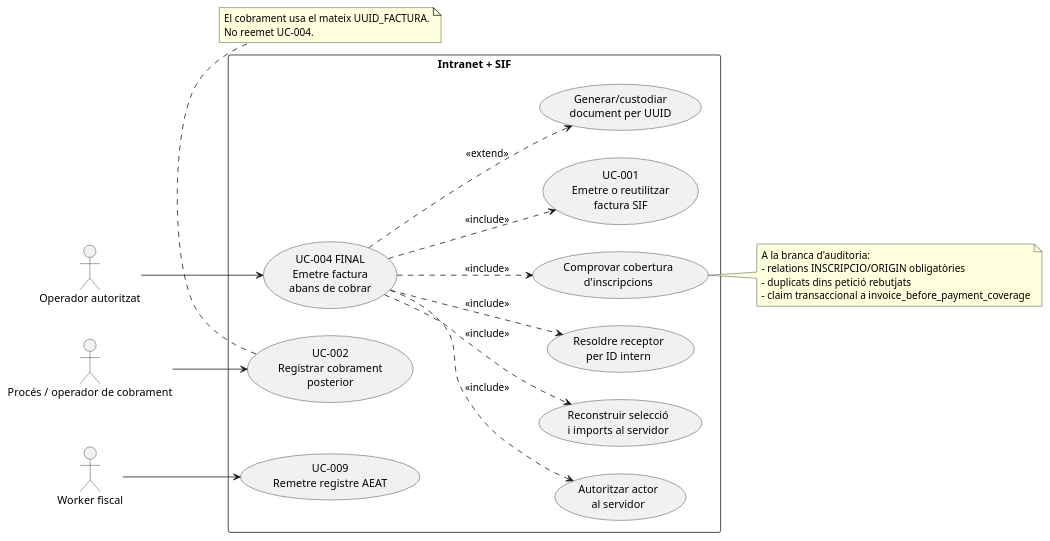
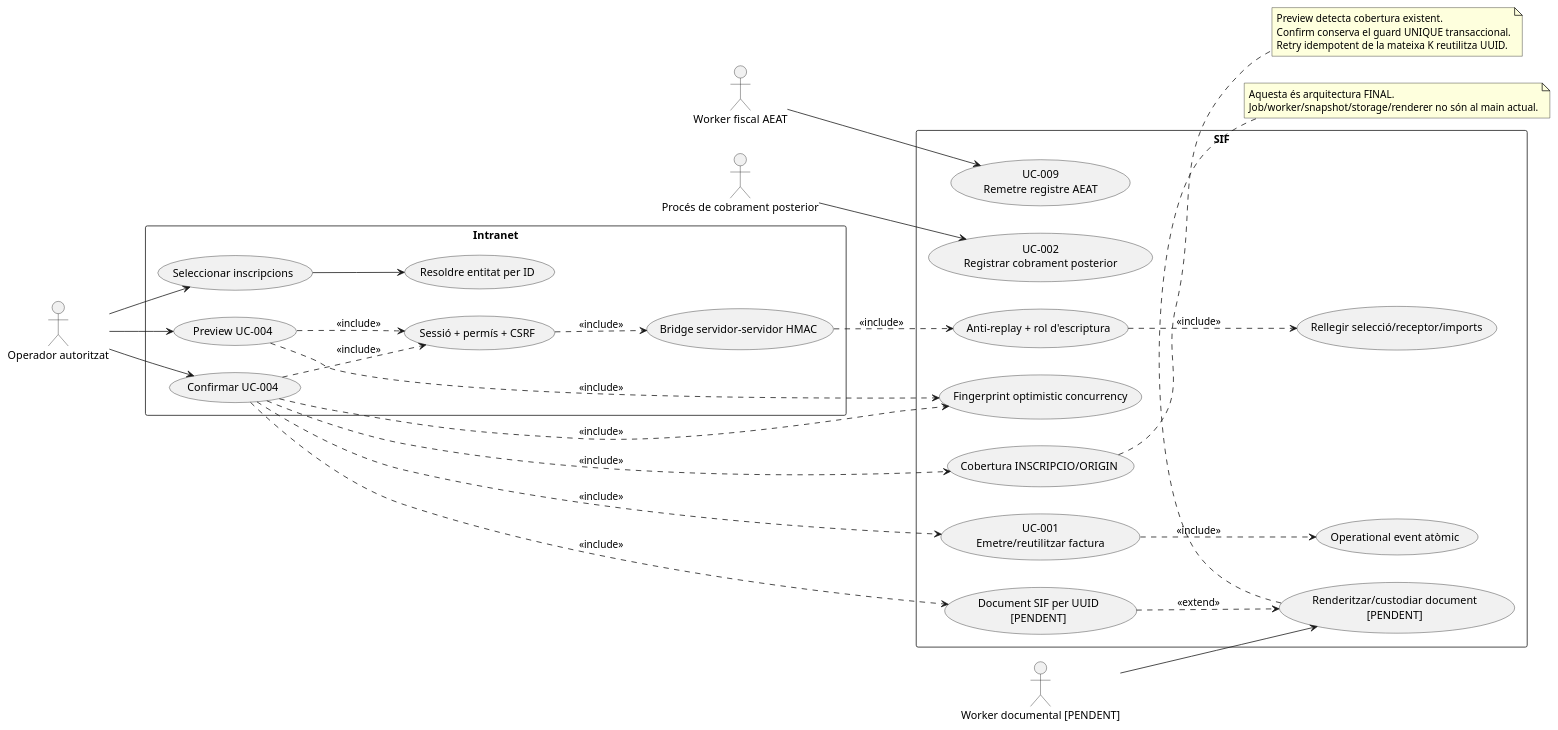
One commit to orgmeriemprismacat-del/verifactu changed the second of 3 diagrams in documentacio/07-uml-integrat/uc-004-cas-us-actual-final.md. Above: the diagram before and after it, drawn with PlantUML. The commit also changed other lines of this file, not shown here.

Commit message:
docs(UC-004): actualitzar cas d'us ACTUAL FINAL

````diff
--- a/documentacio/07-uml-integrat/uc-004-cas-us-actual-final.md
+++ b/documentacio/07-uml-integrat/uc-004-cas-us-actual-final.md
@@ -44,42 +46,62 @@
 ```plantuml
 @startuml
 left to right direction
 actor "Operador autoritzat" as Op
-actor "Procés / operador de cobrament" as Pay
-actor "Worker fiscal" as Fiscal
+actor "Worker documental [PENDENT]" as DocWorker
+actor "Worker fiscal AEAT" as Fiscal
+actor "Procés de cobrament posterior" as Pay
 
-rectangle "Intranet + SIF" {
-  usecase "UC-004 FINAL\nEmetre factura\nabans de cobrar" as UC04
-  usecase "Autoritzar actor\nal servidor" as Auth
-  usecase "Reconstruir selecció\ni imports al servidor" as Rebuild
-  usecase "Resoldre receptor\nper ID intern" as Billing
-  usecase "Comprovar cobertura\nd'inscripcions" as Coverage
-  usecase "UC-001\nEmetre o reutilitzar\nfactura SIF" as UC01
-  usecase "Generar/custodiar\ndocument per UUID" as Doc
-  usecase "UC-002\nRegistrar cobrament\nposterior" as UC02
+rectangle "Intranet" {
+  usecase "Seleccionar inscripcions" as Sel
+  usecase "Resoldre entitat per ID" as EntId
+  usecase "Preview UC-004" as Preview
+  usecase "Confirmar UC-004" as Confirm
+  usecase "Sessió + permís + CSRF" as Access
+  usecase "Bridge servidor-servidor HMAC" as Bridge
+}
+
+rectangle "SIF" {
+  usecase "Anti-replay + rol d'escriptura" as Auth
+  usecase "Rellegir selecció/receptor/imports" as Rebuild
+  usecase "Fingerprint optimistic concurrency" as Fingerprint
+  usecase "Cobertura INSCRIPCIO/ORIGIN" as Coverage
+  usecase "UC-001\nEmetre/reutilitzar factura" as UC01
+  usecase "Operational event atòmic" as Audit
+  usecase "Document SIF per UUID\n[PENDENT]" as QueueDoc
+  usecase "Renderitzar/custodiar document\n[PENDENT]" as ProcessDoc
+  usecase "UC-002\nRegistrar cobrament posterior" as UC02
   usecase "UC-009\nRemetre registre AEAT" as UC09
 }
 
-Op --> UC04
-UC04 ..> Auth : <<include>>
-UC04 ..> Rebuild : <<include>>
-UC04 ..> Billing : <<include>>
-UC04 ..> Coverage : <<include>>
-UC04 ..> UC01 : <<include>>
-UC04 ..> Doc : <<extend>>
+Op --> Sel
+Sel --> EntId
+Op --> Preview
+Op --> Confirm
+Preview ..> Access : <<include>>
+Confirm ..> Access : <<include>>
+Access ..> Bridge : <<include>>
+Bridge ..> Auth : <<include>>
+Auth ..> Rebuild : <<include>>
+Preview ..> Fingerprint : <<include>>
+Confirm ..> Fingerprint : <<include>>
+Confirm ..> Coverage : <<include>>
+Confirm ..> UC01 : <<include>>
+UC01 ..> Audit : <<include>>
+Confirm ..> QueueDoc : <<include>>
+DocWorker --> ProcessDoc
+QueueDoc ..> ProcessDoc : <<extend>>
 Pay --> UC02
 Fiscal --> UC09
 
 note right of Coverage
-  A la branca d'auditoria:
-  - relations INSCRIPCIO/ORIGIN obligatòries
-  - duplicats dins petició rebutjats
-  - claim transaccional a invoice_before_payment_coverage
+  Preview detecta cobertura existent.
+  Confirm conserva el guard UNIQUE transaccional.
+  Retry idempotent de la mateixa K reutilitza UUID.
 end note
 
-note bottom of UC02
-  El cobrament usa el mateix UUID_FACTURA.
-  No reemet UC-004.
+note bottom of ProcessDoc
+  Aquesta és arquitectura FINAL.
+  Job/worker/snapshot/storage/renderer no són al main actual.
 end note
 @enduml
 ```
````
